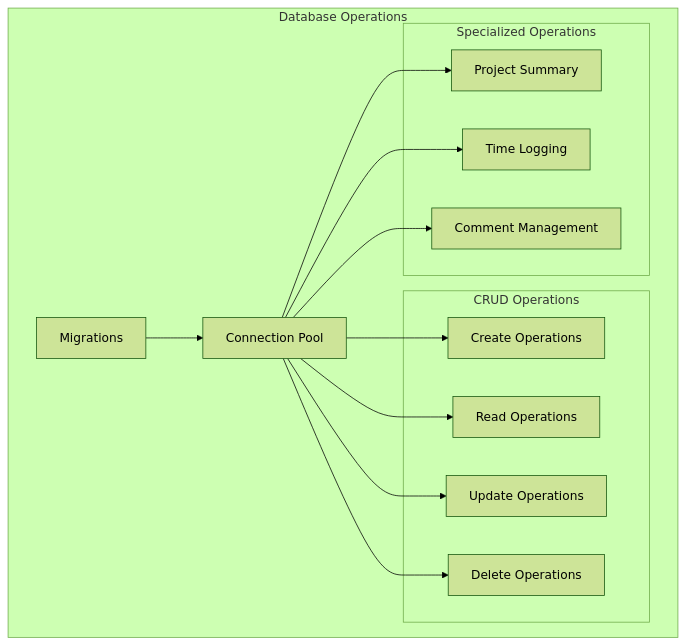
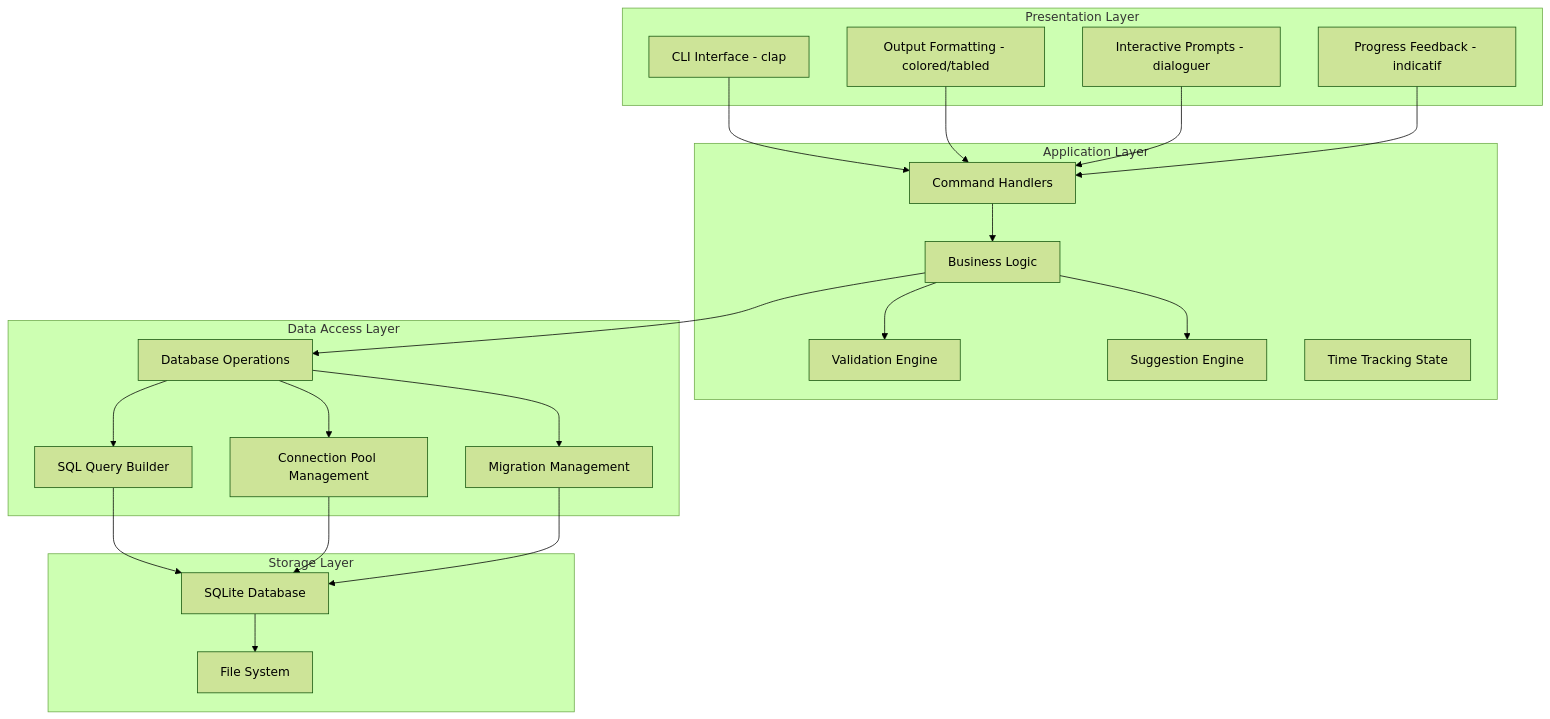
The second of 14 diagrams in architecture.md (teranth/ltm), drawn with Mermaid (forest theme) before and after one commit. The commit also changed other lines of this file and 3 other files, not shown here.

Commit message:
Successfully resolved merge conflicts between the hierarchical command structure implementation and JSON output functionality, creating a unified system that combines both feature sets.

````diff
--- a/architecture.md
+++ b/architecture.md
@@ -107,30 +91,45 @@
 ```mermaid
-graph TB
-    subgraph "Database Operations"
-        CONN[Connection Pool]
-        MIGRATE[Migrations]
-
-        subgraph "CRUD Operations"
-            CREATE[Create Operations]
-            READ[Read Operations]
-            UPDATE[Update Operations]
-            DELETE[Delete Operations]
-        end
-
-        subgraph "Specialized Operations"
-            SUMMARY[Project Summary]
-            TIMELOG[Time Logging]
-            COMMENTS[Comment Management]
-        end
+graph TD
+    subgraph "Presentation Layer"
+        A1[CLI Interface - clap]
+        A2[Output Formatting - colored/tabled]
+        A3[Interactive Prompts - dialoguer]
+        A4[Progress Feedback - indicatif]
     end
 
-    CONN --> CREATE
-    CONN --> READ
-    CONN --> UPDATE
-    CONN --> DELETE
-    CONN --> SUMMARY
-    CONN --> TIMELOG
-    CONN --> COMMENTS
+    subgraph "Application Layer"
+        B1[Command Handlers]
+        B2[Business Logic]
+        B3[Validation Engine]
+        B4[Suggestion Engine]
+        B5[Time Tracking State]
+    end
 
-    MIGRATE --> CONN
+    subgraph "Data Access Layer"
+        C1[Database Operations]
+        C2[SQL Query Builder]
+        C3[Connection Pool Management]
+        C4[Migration Management]
+    end
+
+    subgraph "Storage Layer"
+        D1[SQLite Database]
+        D2[File System]
+    end
+
+    A1 --> B1
+    A2 --> B1
+    A3 --> B1
+    A4 --> B1
+    B1 --> B2
+    B2 --> B3
+    B2 --> B4
+    B2 --> C1
+    C1 --> C2
+    C1 --> C3
+    C1 --> C4
+    C2 --> D1
+    C3 --> D1
+    C4 --> D1
+    D1 --> D2
 ```
````
